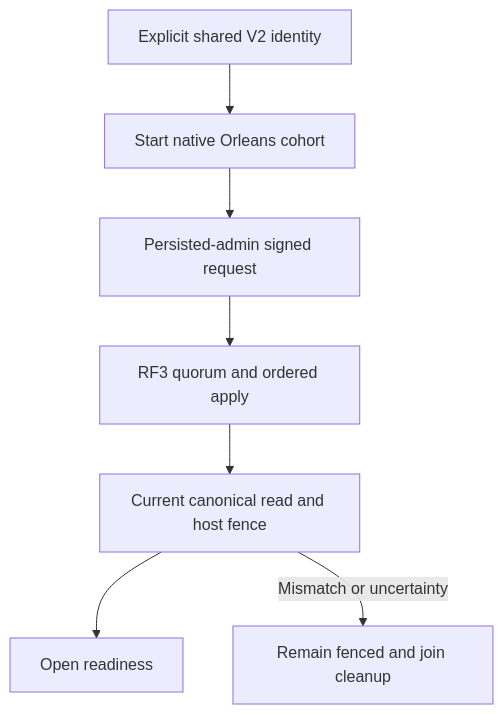
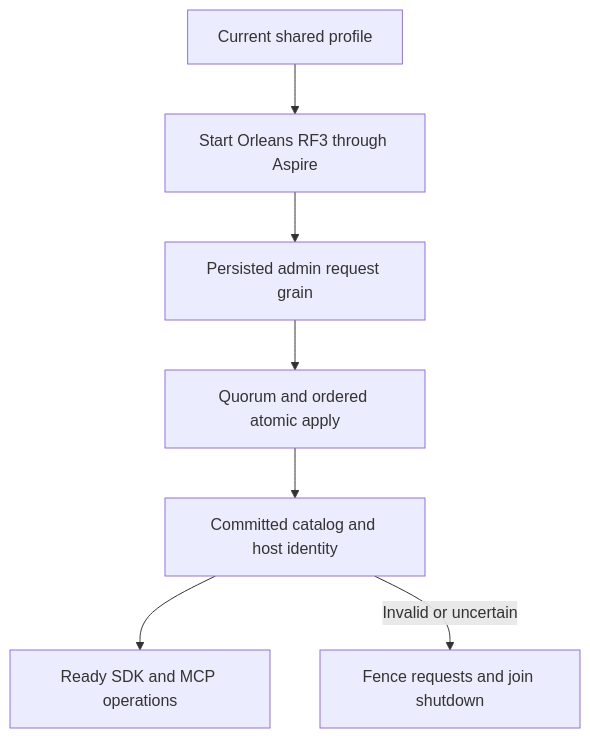
One commit to managedcode/KeyLoad changed the diagram in docs/ADR/ADR-099-physical-shard-catalog.md. Above: the diagram before and after it, drawn with Mermaid. The commit also changed other lines of this file and 440 other files, not shown here.

````diff
--- a/docs/ADR/ADR-099-physical-shard-catalog.md
+++ b/docs/ADR/ADR-099-physical-shard-catalog.md
@@ -85,9 +72,9 @@
 ```mermaid
 flowchart TD
-    Configure[Explicit shared V2 identity] --> Silo[Start native Orleans cohort]
-    Silo --> Bootstrap[Persisted-admin signed request]
-    Bootstrap --> Commit[RF3 quorum and ordered apply]
-    Commit --> Validate[Current canonical read and host fence]
-    Validate --> Serve[Open readiness]
-    Validate -->|Mismatch or uncertainty| Closed[Remain fenced and join cleanup]
+    Configure[Current shared profile] --> Silo[Start Orleans RF3 through Aspire]
+    Silo --> Bootstrap[Persisted admin request grain]
+    Bootstrap --> Commit[Quorum and ordered atomic apply]
+    Commit --> Validate[Committed catalog and host identity]
+    Validate --> Serve[Ready SDK and MCP operations]
+    Validate -->|Invalid or uncertain| Closed[Fence requests and join shutdown]
 ```
````
